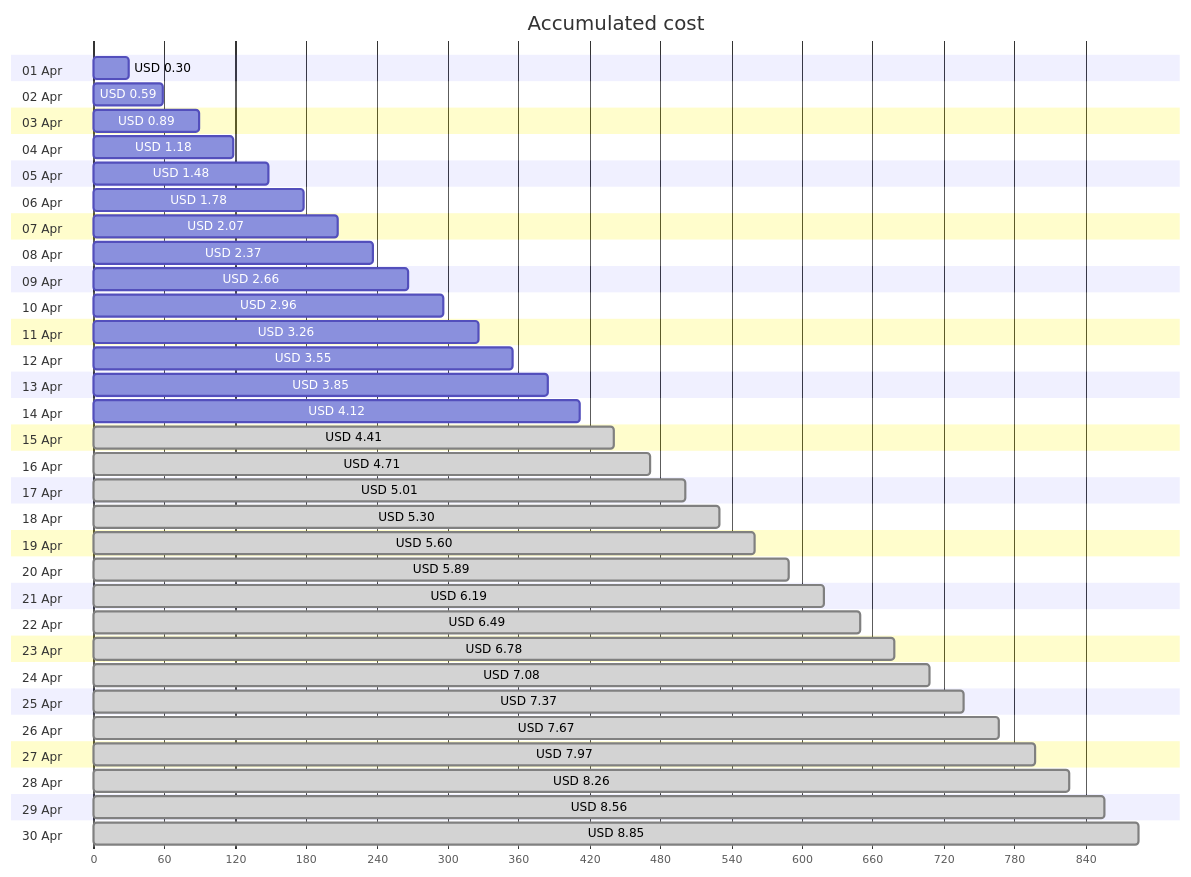
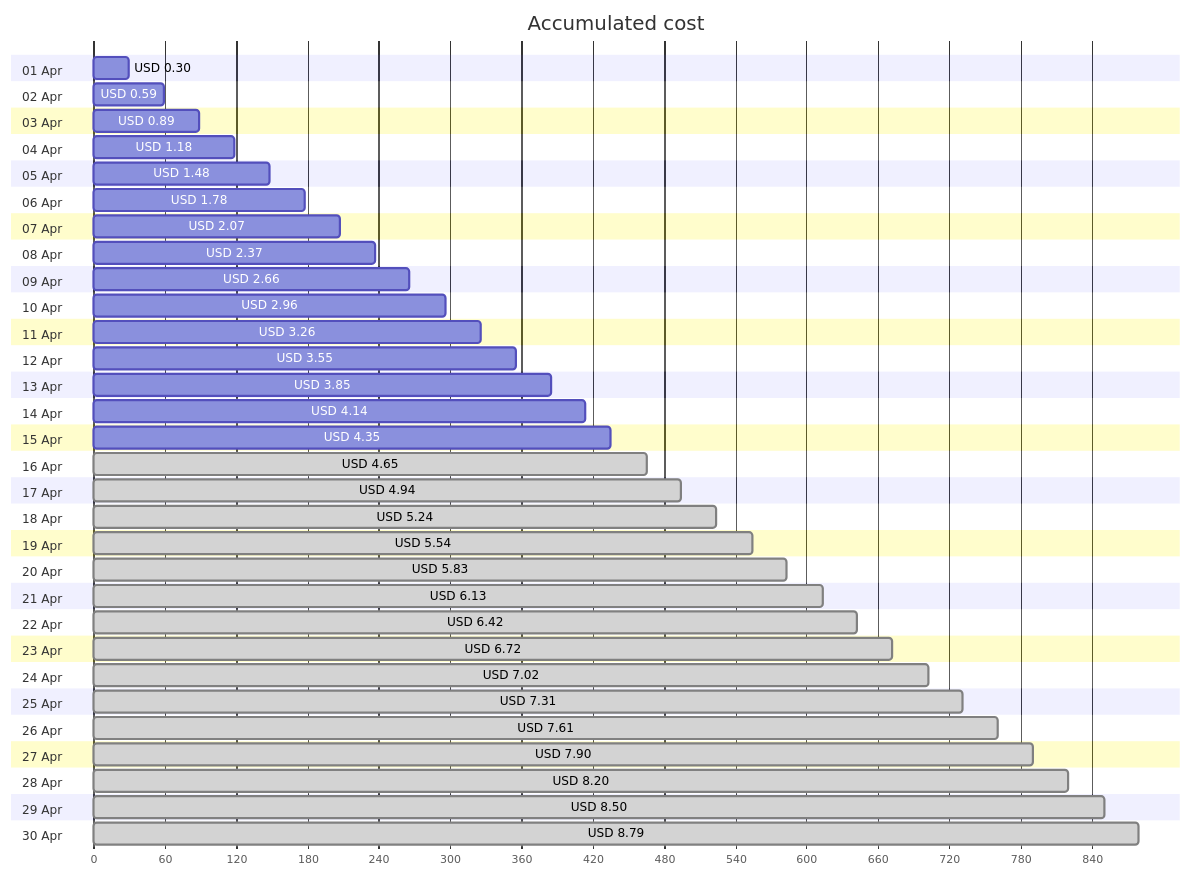
Before and after one commit to jpfulton/azure-personal-reports: the first of 4 diagrams in cost-reports/personal-site/personal-site-preview.md, drawn with Mermaid. The commit also changed other lines of this file and 6 other files, not shown here.

````diff
--- a/cost-reports/personal-site/personal-site-preview.md
+++ b/cost-reports/personal-site/personal-site-preview.md
@@ -20,66 +20,66 @@
 ```mermaid
 gantt
    title Accumulated cost
    dateFormat  X
    axisFormat %s
    section 01 Apr
    USD 0.30 :0, 30
    section 02 Apr
    USD 0.59 :0, 59
    section 03 Apr
    USD 0.89 :0, 89
    section 04 Apr
    USD 1.18 :0, 118
    section 05 Apr
    USD 1.48 :0, 148
    section 06 Apr
    USD 1.78 :0, 178
    section 07 Apr
    USD 2.07 :0, 207
    section 08 Apr
    USD 2.37 :0, 237
    section 09 Apr
    USD 2.66 :0, 266
    section 10 Apr
    USD 2.96 :0, 296
    section 11 Apr
    USD 3.26 :0, 326
    section 12 Apr
    USD 3.55 :0, 355
    section 13 Apr
    USD 3.85 :0, 385
    section 14 Apr
-   USD 4.12 :0, 412
+   USD 4.14 :0, 414
    section 15 Apr
-   USD 4.41 : done, 0, 441
+   USD 4.35 :0, 435
    section 16 Apr
-   USD 4.71 : done, 0, 471
+   USD 4.65 : done, 0, 465
    section 17 Apr
-   USD 5.01 : done, 0, 501
+   USD 4.94 : done, 0, 494
    section 18 Apr
-   USD 5.30 : done, 0, 530
+   USD 5.24 : done, 0, 524
    section 19 Apr
-   USD 5.60 : done, 0, 560
+   USD 5.54 : done, 0, 554
    section 20 Apr
-   USD 5.89 : done, 0, 589
+   USD 5.83 : done, 0, 583
    section 21 Apr
-   USD 6.19 : done, 0, 619
+   USD 6.13 : done, 0, 613
    section 22 Apr
-   USD 6.49 : done, 0, 649
+   USD 6.42 : done, 0, 642
    section 23 Apr
-   USD 6.78 : done, 0, 678
+   USD 6.72 : done, 0, 672
    section 24 Apr
-   USD 7.08 : done, 0, 708
+   USD 7.02 : done, 0, 702
    section 25 Apr
-   USD 7.37 : done, 0, 737
+   USD 7.31 : done, 0, 731
    section 26 Apr
-   USD 7.67 : done, 0, 767
+   USD 7.61 : done, 0, 761
    section 27 Apr
-   USD 7.97 : done, 0, 797
+   USD 7.90 : done, 0, 790
    section 28 Apr
-   USD 8.26 : done, 0, 826
+   USD 8.20 : done, 0, 820
    section 29 Apr
-   USD 8.56 : done, 0, 856
+   USD 8.50 : done, 0, 850
    section 30 Apr
-   USD 8.85 : done, 0, 885
+   USD 8.79 : done, 0, 879
 ```
````
